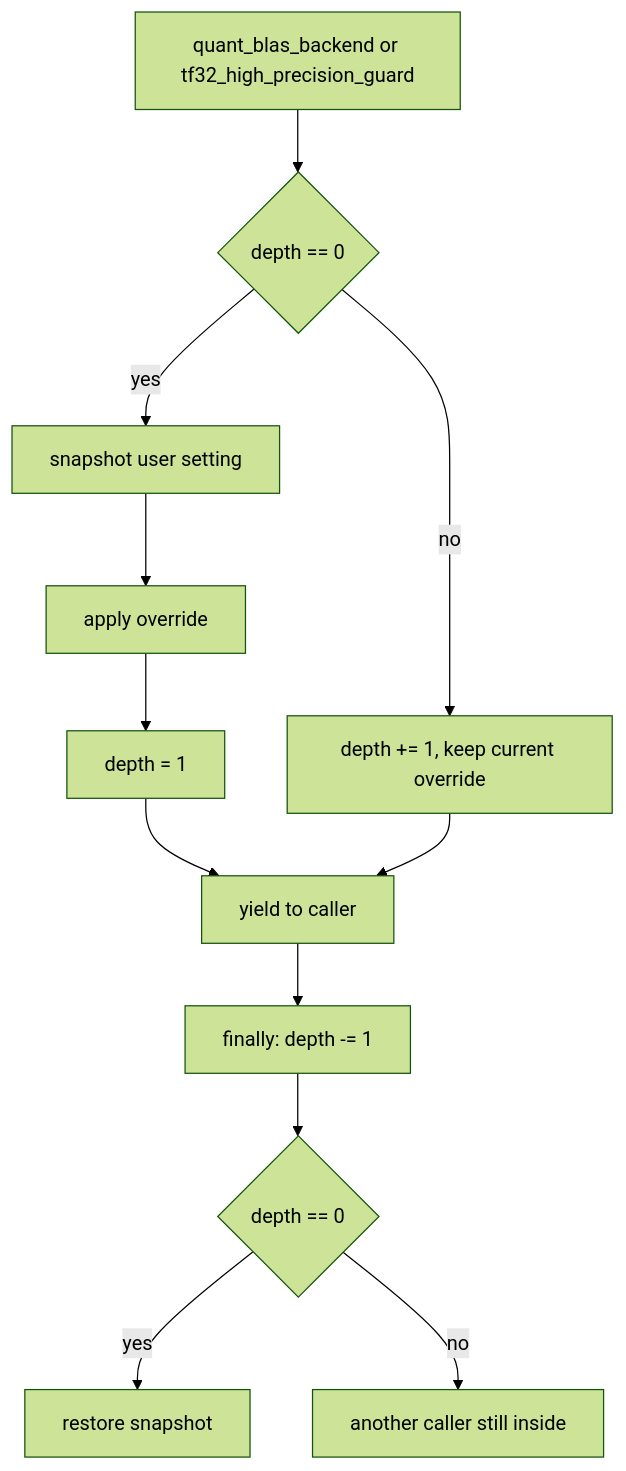
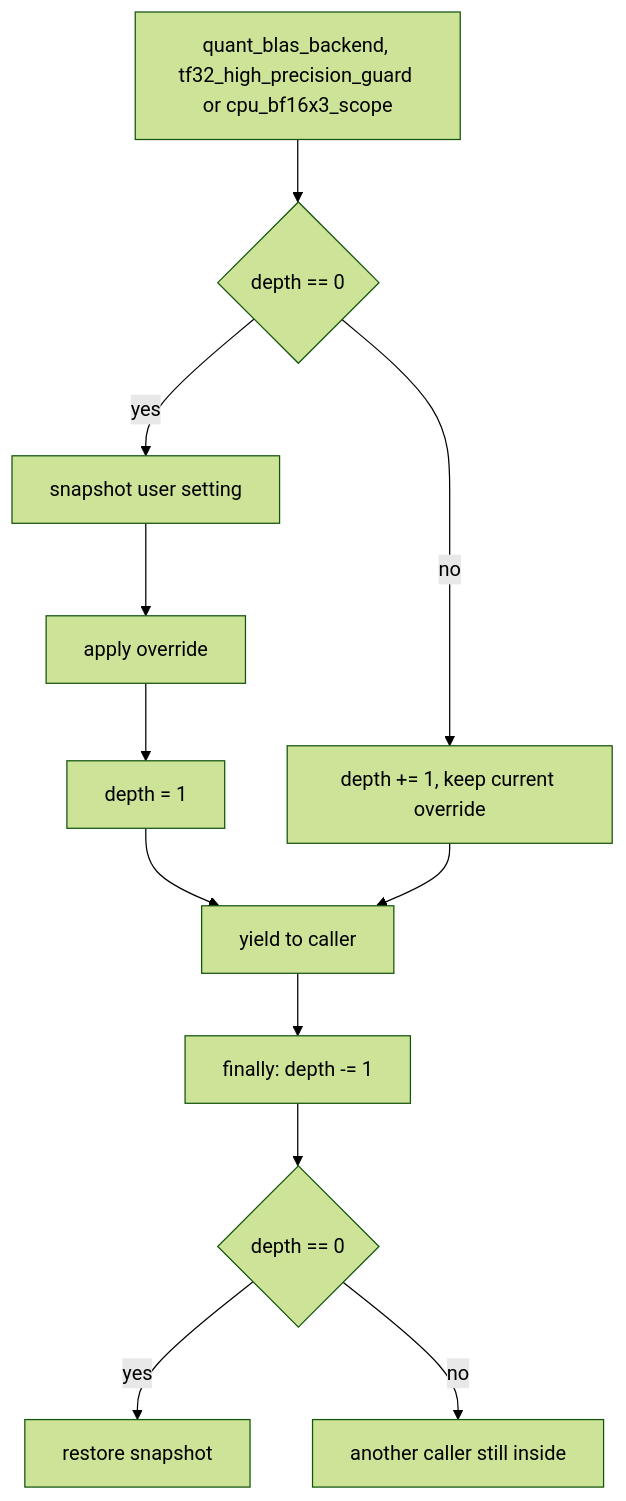
The first of 3 diagrams in docs/concurrency.md (ModelCloud/GPTQModel), drawn with Mermaid (forest theme) before and after one commit. The commit also changed other lines of this file and 4 other files, not shown here.

Commit message:
fix(cpu): refcount the BF16x3 matmul guard and drop the EXL3 duplicate (#4116)

````diff
--- a/docs/concurrency.md
+++ b/docs/concurrency.md
@@ -27,14 +34,14 @@
 ```mermaid
 flowchart TD
-    A["quant_blas_backend or tf32_high_precision_guard"] --> B{"depth == 0"}
+    A["quant_blas_backend, tf32_high_precision_guard or cpu_bf16x3_scope"] --> B{"depth == 0"}
     B -- yes --> C["snapshot user setting"]
     C --> D["apply override"]
     D --> E["depth = 1"]
     B -- no --> F["depth += 1, keep current override"]
     E --> G["yield to caller"]
     F --> G
     G --> H["finally: depth -= 1"]
     H --> I{"depth == 0"}
     I -- yes --> J["restore snapshot"]
     I -- no --> K["another caller still inside"]
 ```
````
